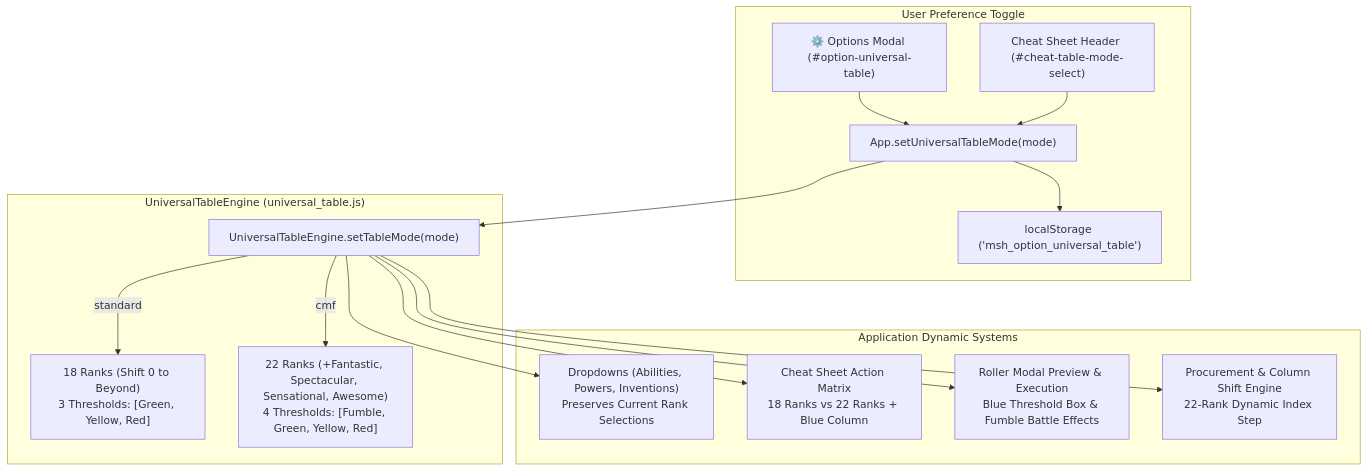
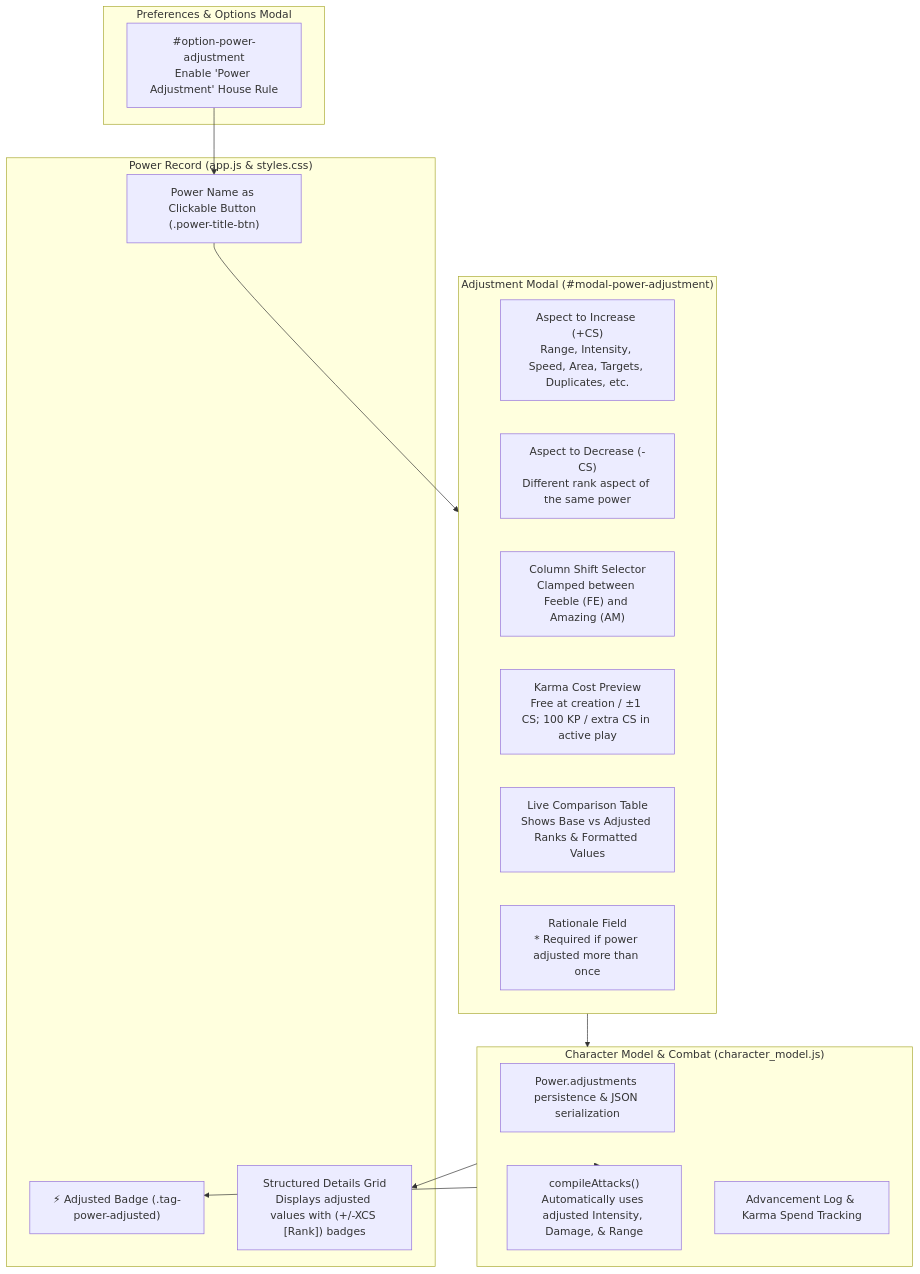
The diagram in walkthrough.md (captainload/marvel-character-editor), drawn with Mermaid before and after one commit. The commit also changed other lines of this file, not shown here.

Commit message:
docs: update walkthrough with New Character and MSH A-BOM Easter Egg features

````diff
--- a/walkthrough.md
+++ b/walkthrough.md
@@ -9,21 +9,34 @@
 ```mermaid
 flowchart TD
-    subgraph Pref ["User Preference Toggle"]
-        O["⚙️ Options Modal (#option-universal-table)"] --> T["App.setUniversalTableMode(mode)"]
-        C["Cheat Sheet Header (#cheat-table-mode-select)"] --> T
-        T --> L["localStorage ('msh_option_universal_table')"]
+    subgraph HouseRuleToggle ["Preferences & Options Modal"]
+        OPT["#option-power-adjustment<br/>Enable 'Power Adjustment' House Rule"]
     end
 
-    subgraph Engine ["UniversalTableEngine (universal_table.js)"]
-        T --> E["UniversalTableEngine.setTableMode(mode)"]
-        E -->|standard| R18["18 Ranks (Shift 0 to Beyond)<br/>3 Thresholds: [Green, Yellow, Red]"]
-        E -->|cmf| R22["22 Ranks (+Fantastic, Spectacular, Sensational, Awesome)<br/>4 Thresholds: [Fumble, Green, Yellow, Red]"]
+    subgraph PowerCard ["Power Record (app.js & styles.css)"]
+        BTN["Power Name as Clickable Button (.power-title-btn)"]
+        BADGE["⚡ Adjusted Badge (.tag-power-adjusted)"]
+        GRID["Structured Details Grid<br/>Displays adjusted values with (+/-XCS [Rank]) badges"]
     end
 
-    subgraph Systems ["Application Dynamic Systems"]
-        E --> D["Dropdowns (Abilities, Powers, Inventions)<br/>Preserves Current Rank Selections"]
-        E --> CS["Cheat Sheet Action Matrix<br/>18 Ranks vs 22 Ranks + Blue Column"]
-        E --> RM["Roller Modal Preview & Execution<br/>Blue Threshold Box & Fumble Battle Effects"]
-        E --> PE["Procurement & Column Shift Engine<br/>22-Rank Dynamic Index Step"]
+    subgraph Modal ["Adjustment Modal (#modal-power-adjustment)"]
+        SEL_A["Aspect to Increase (+CS)<br/>Range, Intensity, Speed, Area, Targets, Duplicates, etc."]
+        SEL_B["Aspect to Decrease (-CS)<br/>Different rank aspect of the same power"]
+        SHIFT["Column Shift Selector<br/>Clamped between Feeble (FE) and Amazing (AM)"]
+        COST["Karma Cost Preview<br/>Free at creation / &plusmn;1 CS; 100 KP / extra CS in active play"]
+        PREV["Live Comparison Table<br/>Shows Base vs Adjusted Ranks & Formatted Values"]
+        RAT["Rationale Field<br/>* Required if power adjusted more than once"]
     end
+
+    subgraph Model ["Character Model & Combat (character_model.js)"]
+        PERSIST["Power.adjustments persistence & JSON serialization"]
+        COMBAT["compileAttacks()<br/>Automatically uses adjusted Intensity, Damage, & Range"]
+        KARMA["Advancement Log & Karma Spend Tracking"]
+    end
+
+    OPT --> BTN
+    BTN --> Modal
+    Modal --> Model
+    Model --> BADGE
+    Model --> GRID
+    Model --> COMBAT
 ```
````
